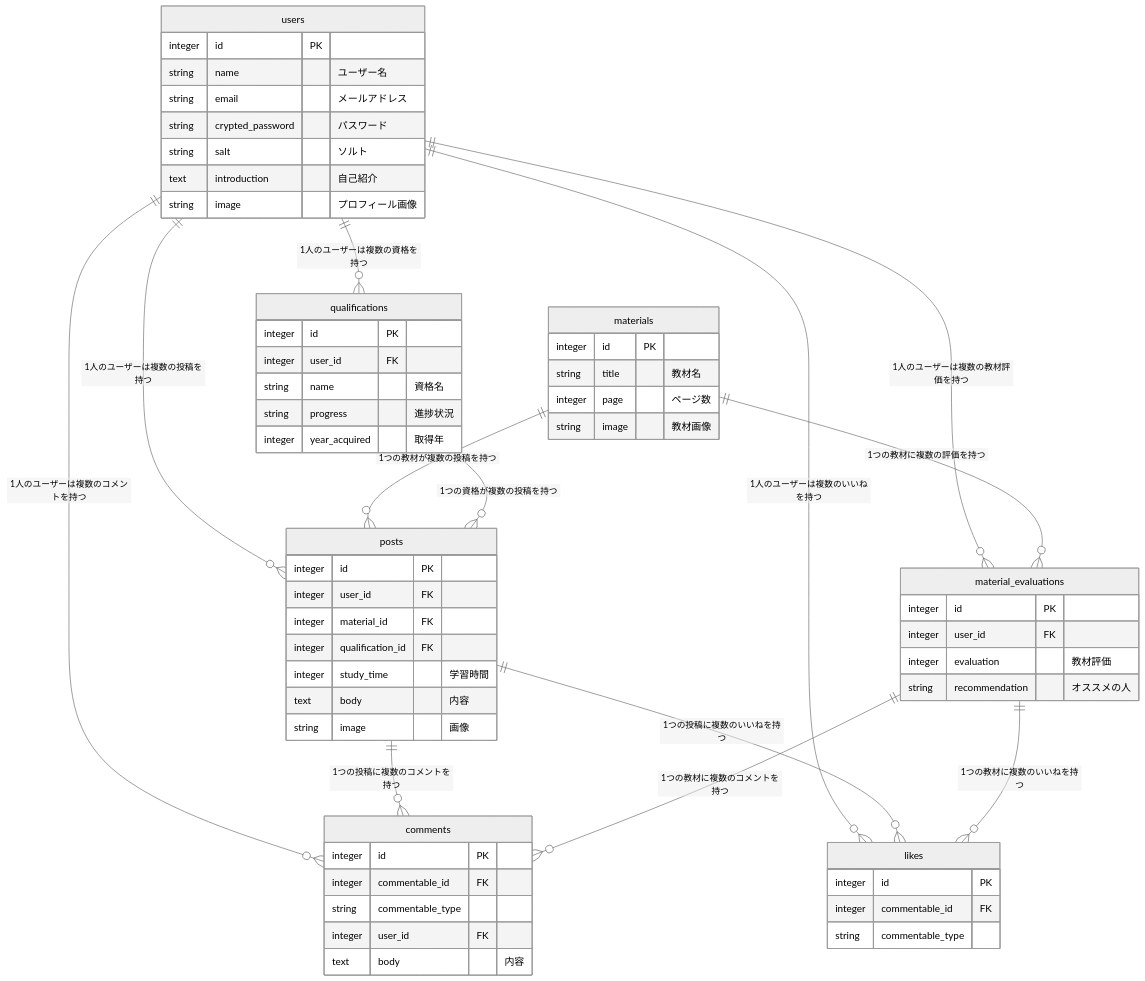
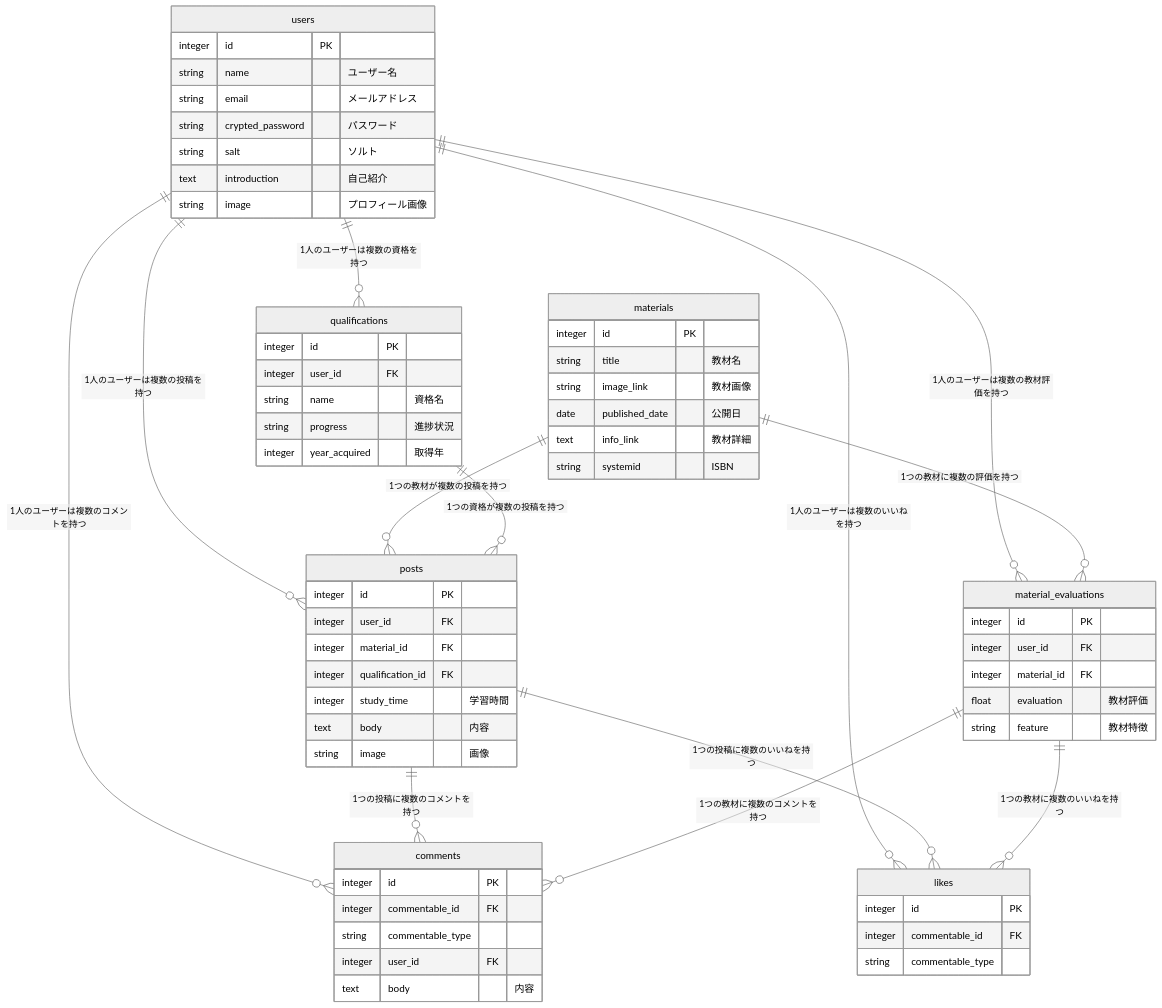
The diagram in README.md (Jigubkmn/kyouzaichoice), drawn with Mermaid (neutral theme) before and after one commit.

Commit message:
README修正

````diff
--- a/README.md
+++ b/README.md
@@ -174,71 +174,74 @@
 ```mermaid
 erDiagram
   users ||--o{ posts : "1人のユーザーは複数の投稿を持つ"
 	users ||--o{ likes : "1人のユーザーは複数のいいねを持つ"
   users ||--o{ comments : "1人のユーザーは複数のコメントを持つ"
   users ||--o{ material_evaluations : "1人のユーザーは複数の教材評価を持つ"
   users ||--o{ qualifications : "1人のユーザーは複数の資格を持つ"
 	posts ||--o{ comments : "1つの投稿に複数のコメントを持つ"
 	posts ||--o{ likes : "1つの投稿に複数のいいねを持つ"	
 	material_evaluations ||--o{ likes : "1つの教材に複数のいいねを持つ"
 	material_evaluations ||--o{ comments : "1つの教材に複数のコメントを持つ"
 	materials ||--o{ material_evaluations : "1つの教材に複数の評価を持つ"
 	materials ||--o{ posts : "1つの教材が複数の投稿を持つ"
 	qualifications ||--o{ posts : "1つの資格が複数の投稿を持つ"
 
 	users {
 		integer id PK 
 		string name "ユーザー名"
 		string email "メールアドレス"
 		string crypted_password "パスワード"
 		string salt "ソルト"
 		text introduction "自己紹介"
 		string image "プロフィール画像"
 	}
 
 	posts {
 		integer id PK 
 		integer user_id FK
 		integer material_id FK
 		integer qualification_id FK
 		integer study_time "学習時間"
 		text body "内容"
 		string image "画像"
 	}
 
 	likes {
 		integer id PK 
 		integer commentable_id FK
 		string  commentable_type
 	}
 
 	comments {
 		integer id PK
     integer commentable_id FK
     string commentable_type
 		integer user_id FK
 		text body "内容"
 	}
 
   materials {
 		integer id PK
     string title "教材名"
-		integer page "ページ数"
-		string image "教材画像"
+		string image_link "教材画像"
+    date published_date "公開日"
+    text info_link "教材詳細"
+    string systemid "ISBN"
 	}
 
   material_evaluations {
 		integer id PK
     integer user_id FK
-    integer evaluation "教材評価"
-		string recommendation "オススメの人"
+    integer material_id FK
+    float evaluation "教材評価"
+		string feature "教材特徴"
 	}
 
   qualifications {
 		integer id PK
     integer user_id FK
     string name "資格名"
 		string progress "進捗状況"
 		integer year_acquired "取得年"
 	}
 ```
````
